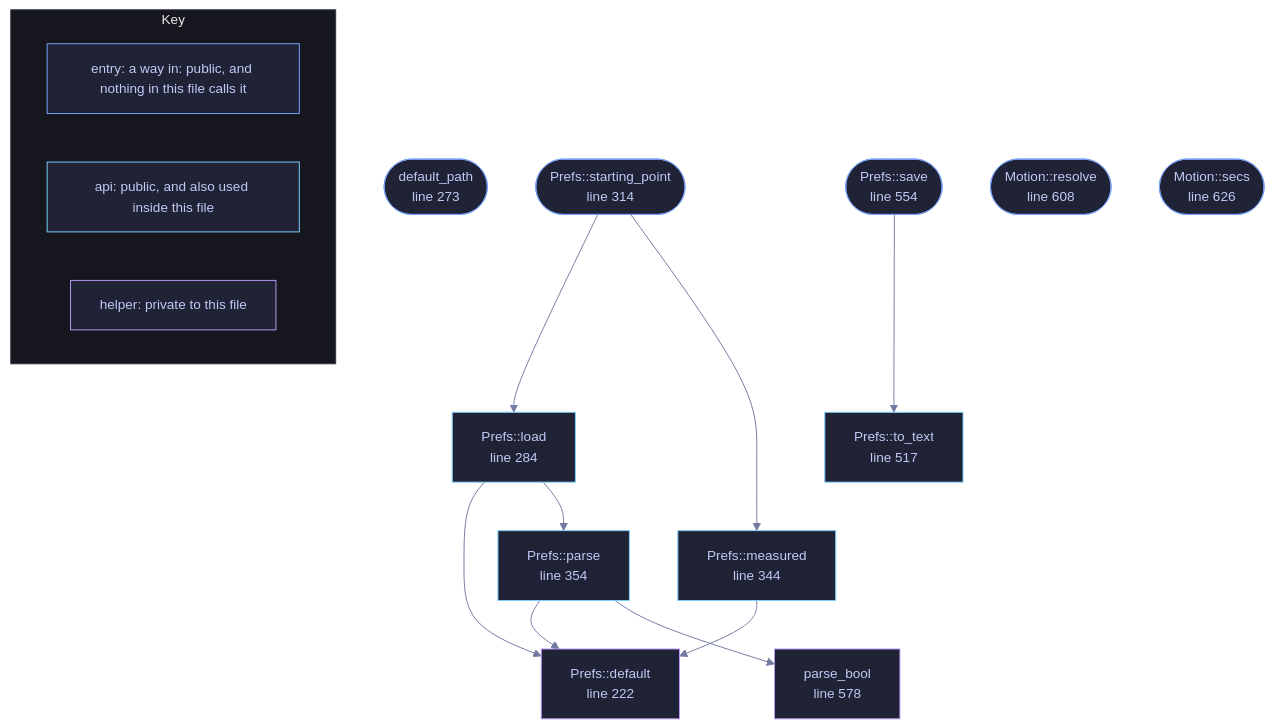
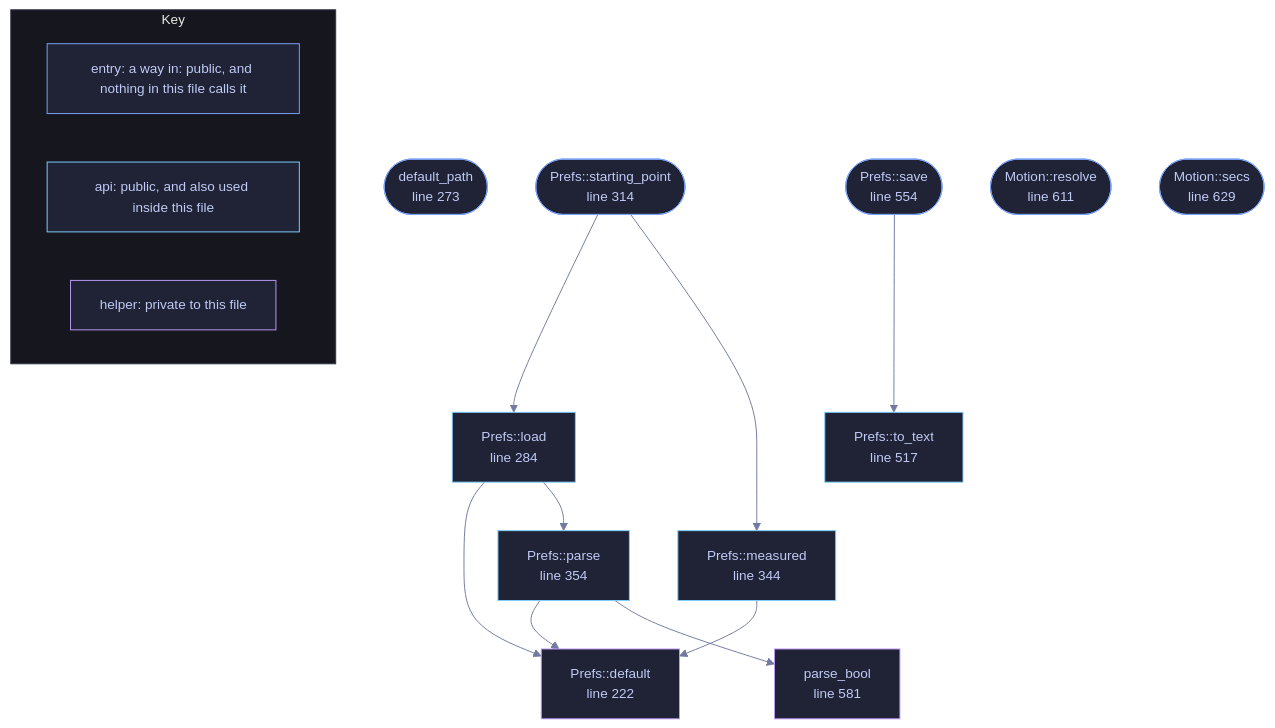
Before and after one commit to tilas01/veilvoice: the diagram in docs/files/veilvoice-gui/prefs.md, drawn with Mermaid. The commit also changed other lines of this file and 514 other files, not shown here.

````diff
--- a/docs/files/veilvoice-gui/prefs.md
+++ b/docs/files/veilvoice-gui/prefs.md
@@ -136,49 +136,49 @@
 ```mermaid
 %%{init: {"theme":"base","themeVariables":{"background":"#1a1b26","primaryColor":"#1f2335","primaryTextColor":"#c0caf5","primaryBorderColor":"#7aa2f7","secondaryColor":"#16161e","tertiaryColor":"#16161e","lineColor":"#737aa2","textColor":"#c0caf5","mainBkg":"#1f2335","nodeBorder":"#7aa2f7","clusterBkg":"#16161e","clusterBorder":"#2f3549","fontFamily":"ui-monospace, SFMono-Regular, Consolas, monospace","fontSize":"14px"}}}%%
 flowchart TD
     n_default["Prefs::default<br/>line 222"]
     n_default_path(["default_path<br/>line 273"])
     n_load["Prefs::load<br/>line 284"]
     n_starting_point(["Prefs::starting_point<br/>line 314"])
     n_measured["Prefs::measured<br/>line 344"]
     n_parse["Prefs::parse<br/>line 354"]
     n_to_text["Prefs::to_text<br/>line 517"]
     n_save(["Prefs::save<br/>line 554"])
-    n_parse_bool["parse_bool<br/>line 578"]
-    n_resolve(["Motion::resolve<br/>line 608"])
-    n_secs(["Motion::secs<br/>line 626"])
+    n_parse_bool["parse_bool<br/>line 581"]
+    n_resolve(["Motion::resolve<br/>line 611"])
+    n_secs(["Motion::secs<br/>line 629"])
     n_load --> n_default
     n_load --> n_parse
     n_measured --> n_default
     n_parse --> n_default
     n_parse --> n_parse_bool
     n_save --> n_to_text
     n_starting_point --> n_load
     n_starting_point --> n_measured
     click n_default href "https://github.com/tilas01/veilvoice/blob/main/crates/veilvoice-gui/src/prefs.rs#L222" "open the source"
     click n_default_path href "https://github.com/tilas01/veilvoice/blob/main/crates/veilvoice-gui/src/prefs.rs#L273" "open the source"
     click n_load href "https://github.com/tilas01/veilvoice/blob/main/crates/veilvoice-gui/src/prefs.rs#L284" "open the source"
     click n_starting_point href "https://github.com/tilas01/veilvoice/blob/main/crates/veilvoice-gui/src/prefs.rs#L314" "open the source"
     click n_measured href "https://github.com/tilas01/veilvoice/blob/main/crates/veilvoice-gui/src/prefs.rs#L344" "open the source"
     click n_parse href "https://github.com/tilas01/veilvoice/blob/main/crates/veilvoice-gui/src/prefs.rs#L354" "open the source"
     click n_to_text href "https://github.com/tilas01/veilvoice/blob/main/crates/veilvoice-gui/src/prefs.rs#L517" "open the source"
     click n_save href "https://github.com/tilas01/veilvoice/blob/main/crates/veilvoice-gui/src/prefs.rs#L554" "open the source"
-    click n_parse_bool href "https://github.com/tilas01/veilvoice/blob/main/crates/veilvoice-gui/src/prefs.rs#L578" "open the source"
-    click n_resolve href "https://github.com/tilas01/veilvoice/blob/main/crates/veilvoice-gui/src/prefs.rs#L608" "open the source"
-    click n_secs href "https://github.com/tilas01/veilvoice/blob/main/crates/veilvoice-gui/src/prefs.rs#L626" "open the source"
+    click n_parse_bool href "https://github.com/tilas01/veilvoice/blob/main/crates/veilvoice-gui/src/prefs.rs#L581" "open the source"
+    click n_resolve href "https://github.com/tilas01/veilvoice/blob/main/crates/veilvoice-gui/src/prefs.rs#L611" "open the source"
+    click n_secs href "https://github.com/tilas01/veilvoice/blob/main/crates/veilvoice-gui/src/prefs.rs#L629" "open the source"
     classDef entry fill:#1f2335,stroke:#7aa2f7,color:#c0caf5
     class n_default_path,n_starting_point,n_save,n_resolve,n_secs entry
     classDef api fill:#1f2335,stroke:#7dcfff,color:#c0caf5
     class n_load,n_measured,n_parse,n_to_text api
     classDef helper fill:#1f2335,stroke:#bb9af7,color:#c0caf5
     class n_default,n_parse_bool helper
     subgraph chart_key ["Key"]
         direction LR
         key_entry["entry: a way in: public, and nothing in this file calls it"]
         key_api["api: public, and also used inside this file"]
         key_helper["helper: private to this file"]
     end
     class key_entry entry
     class key_api api
     class key_helper helper
 ```
````
